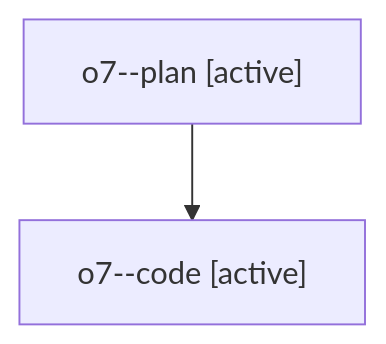
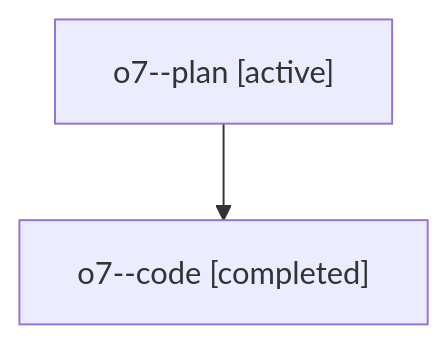
The diagram in families/bbugyi200.athena.o7.md (sase-org/sase--agents), drawn with Mermaid before and after one commit. The commit also changed other lines of this file and 5813 other files, not shown here.

````diff
--- a/families/bbugyi200.athena.o7.md
+++ b/families/bbugyi200.athena.o7.md
@@ -9,6 +9,6 @@
 ```mermaid
 flowchart TD
   n0["o7--plan [active]"]
-  n1["o7--code [active]"]
+  n1["o7--code [completed]"]
   n0 --> n1
 ```
````
